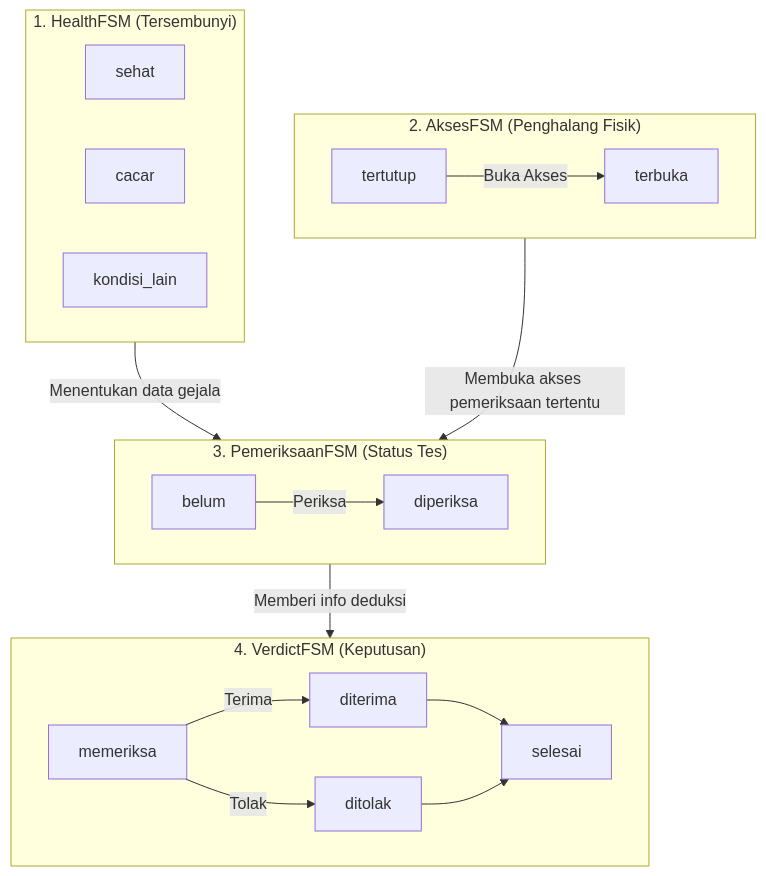
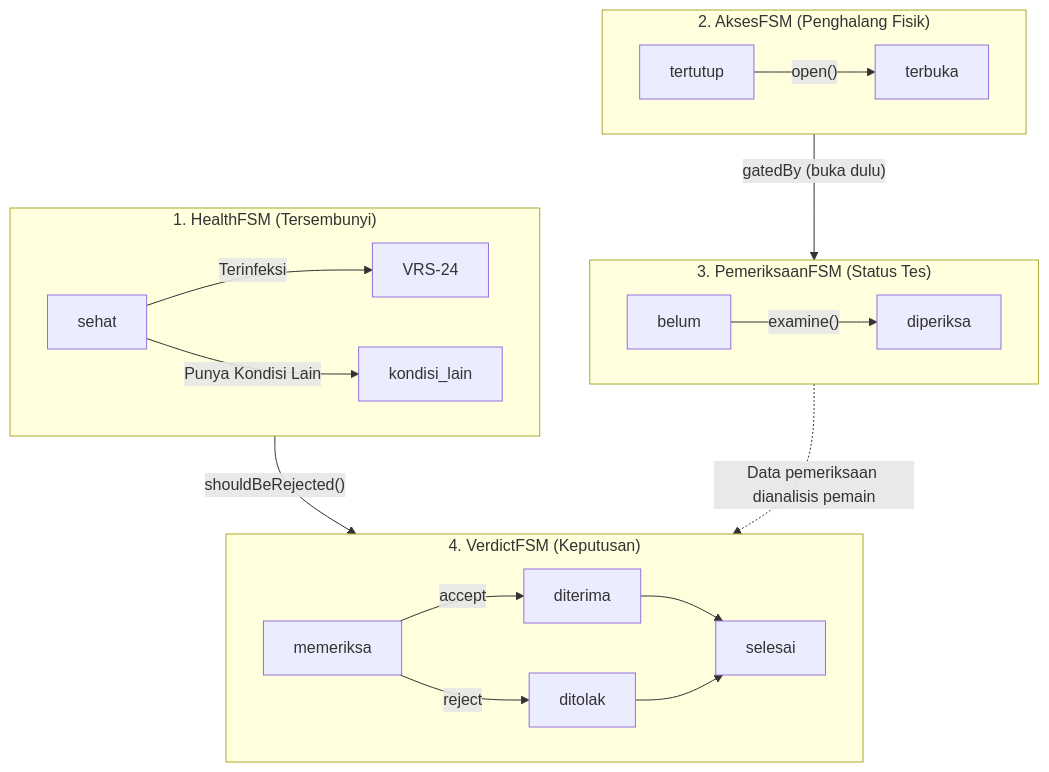
The diagram in README.md (windanafifiq/please-let-me-in), drawn with Mermaid before and after one commit.

Commit message:
nambahin readme

````diff
--- a/README.md
+++ b/README.md
@@ -41,27 +41,27 @@
 ```mermaid
 graph TD
     subgraph HealthFSM ["1. HealthFSM (Tersembunyi)"]
         H_sehat[sehat]
-        H_cacar[cacar]
-        H_kondisi[kondisi_lain]
+        H_sehat -->|Terinfeksi| H_cacar[VRS-24]
+        H_sehat -->|Punya Kondisi Lain| H_kondisi[kondisi_lain]
     end
 
     subgraph AksesFSM ["2. AksesFSM (Penghalang Fisik)"]
-        A_tertutup[tertutup] -->|Buka Akses| A_terbuka[terbuka]
+        A_tertutup[tertutup] -->|"open()"| A_terbuka[terbuka]
     end
 
     subgraph PemeriksaanFSM ["3. PemeriksaanFSM (Status Tes)"]
-        P_belum[belum] -->|Periksa| P_diperiksa[diperiksa]
+        P_belum[belum] -->|"examine()"| P_diperiksa[diperiksa]
     end
 
     subgraph VerdictFSM ["4. VerdictFSM (Keputusan)"]
-        V_memeriksa[memeriksa] -->|Terima| V_diterima[diterima]
-        V_memeriksa -->|Tolak| V_ditolak[ditolak]
+        V_memeriksa[memeriksa] -->|accept| V_diterima[diterima]
+        V_memeriksa -->|reject| V_ditolak[ditolak]
         V_diterima --> V_selesai[selesai]
         V_ditolak --> V_selesai[selesai]
     end
 
-    HealthFSM -->|Menentukan data gejala| PemeriksaanFSM
-    AksesFSM -->|Membuka akses pemeriksaan tertentu| PemeriksaanFSM
-    PemeriksaanFSM -->|Memberi info deduksi| VerdictFSM
+    AksesFSM -->|"gatedBy (buka dulu)"| PemeriksaanFSM
+    HealthFSM -->|"shouldBeRejected()"| VerdictFSM
+    PemeriksaanFSM -.->|"Data pemeriksaan dianalisis pemain"| VerdictFSM
 ```
````
